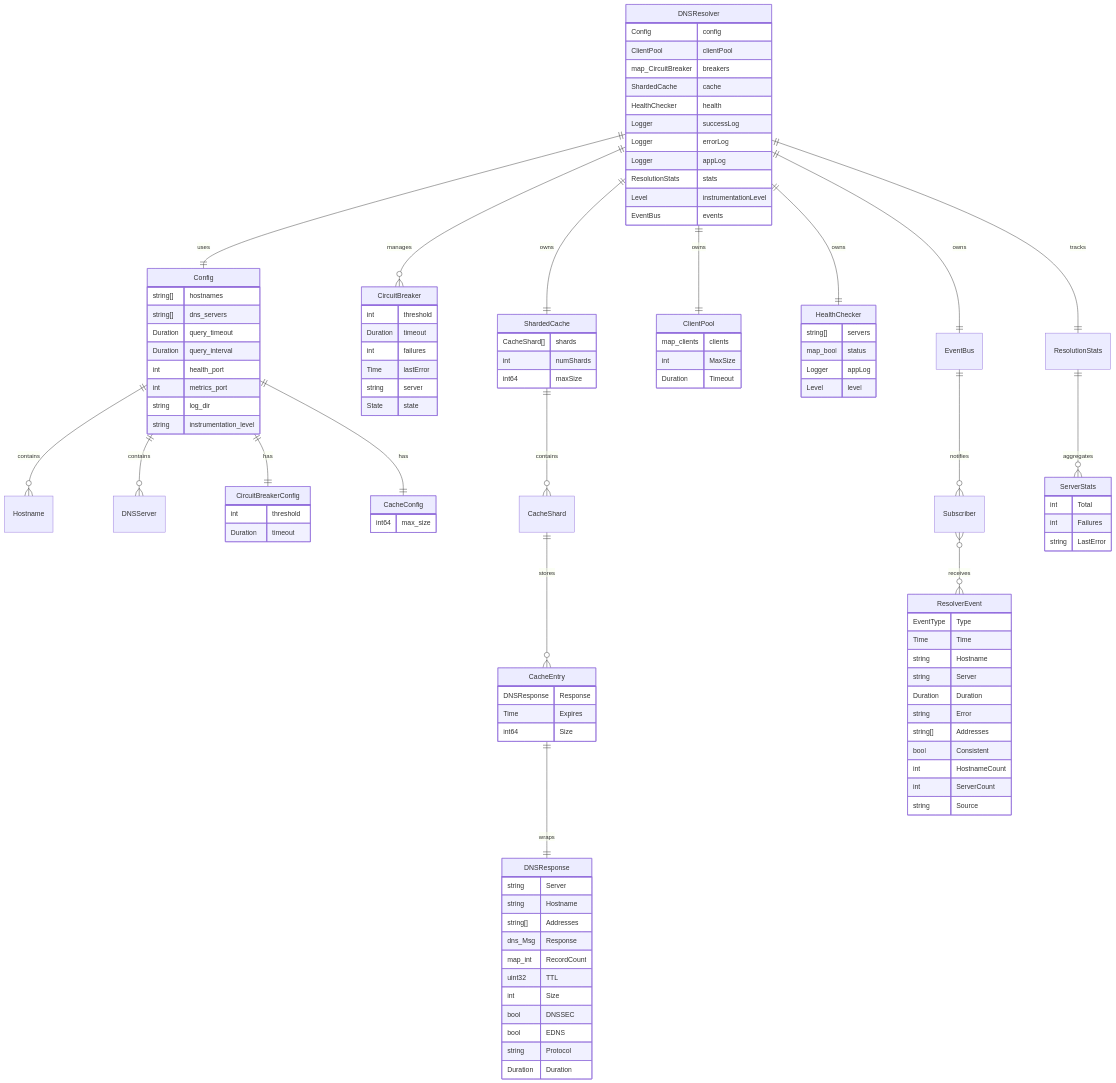
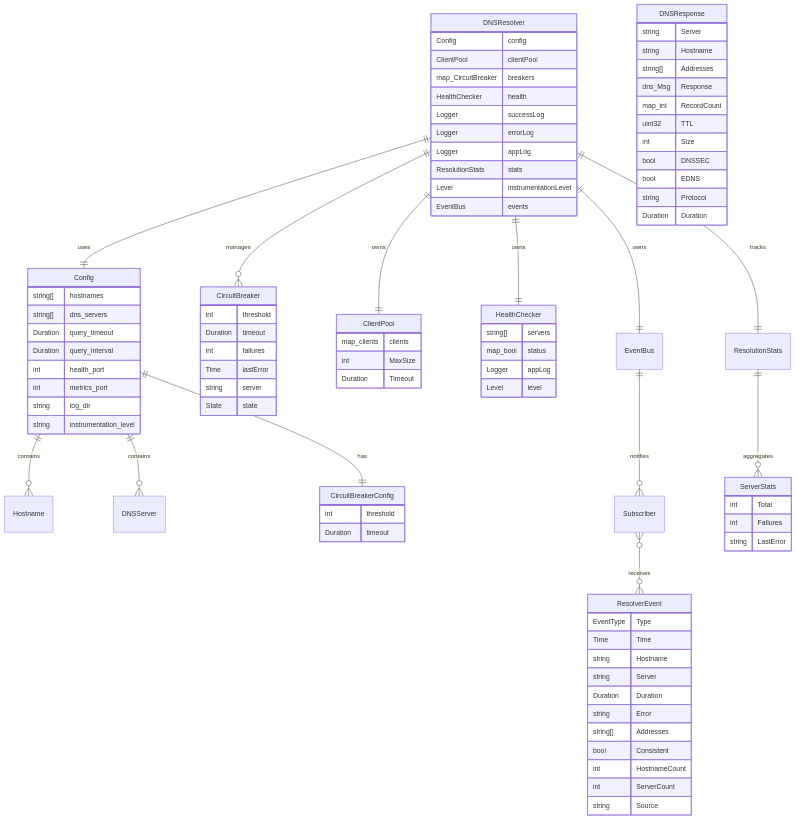
Before and after one commit to mikesale/dnsres: the second of 6 diagrams in PROJECT_MAP.md, drawn with Mermaid. The commit also changed other lines of this file and 19 other files, not shown here.

```diff
--- a/PROJECT_MAP.md
+++ b/PROJECT_MAP.md
@@ -116,19 +113,13 @@
     Config ||--o{ Hostname : contains
     Config ||--o{ DNSServer : contains
     Config ||--|| CircuitBreakerConfig : has
-    Config ||--|| CacheConfig : has
     
     DNSResolver ||--|| Config : uses
     DNSResolver ||--o{ CircuitBreaker : manages
-    DNSResolver ||--|| ShardedCache : owns
     DNSResolver ||--|| ClientPool : owns
     DNSResolver ||--|| HealthChecker : owns
     DNSResolver ||--|| EventBus : owns
     DNSResolver ||--|| ResolutionStats : tracks
-    
-    ShardedCache ||--o{ CacheShard : contains
-    CacheShard ||--o{ CacheEntry : stores
-    CacheEntry ||--|| DNSResponse : wraps
     
     EventBus ||--o{ Subscriber : notifies
     Subscriber }o--o{ ResolverEvent : receives
@@ -151,15 +142,10 @@
         Duration timeout
     }
     
-    CacheConfig {
-        int64 max_size
-    }
-    
     DNSResolver {
         Config config
         ClientPool clientPool
         map_CircuitBreaker breakers
-        ShardedCache cache
         HealthChecker health
         Logger successLog
         Logger errorLog
@@ -176,18 +162,6 @@
         Time lastError
         string server
         State state
-    }
-    
-    ShardedCache {
-        CacheShard[] shards
-        int numShards
-        int64 maxSize
-    }
-    
-    CacheEntry {
-        DNSResponse Response
-        Time Expires
-        int64 Size
     }
     
     DNSResponse {
```
